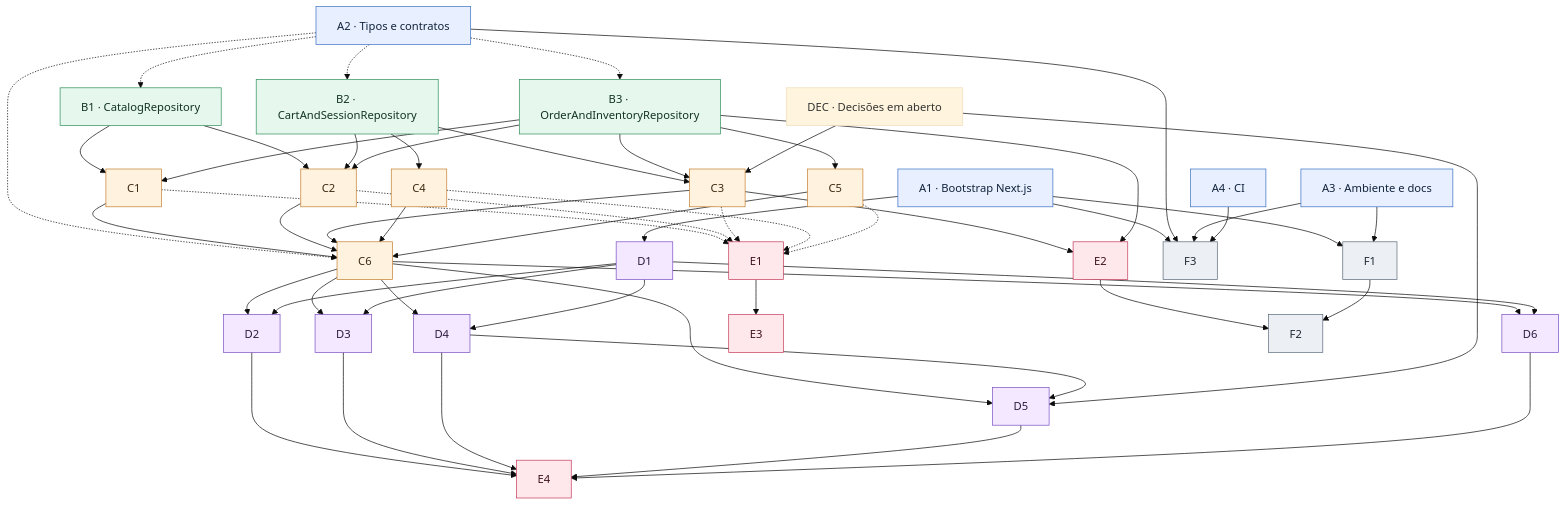
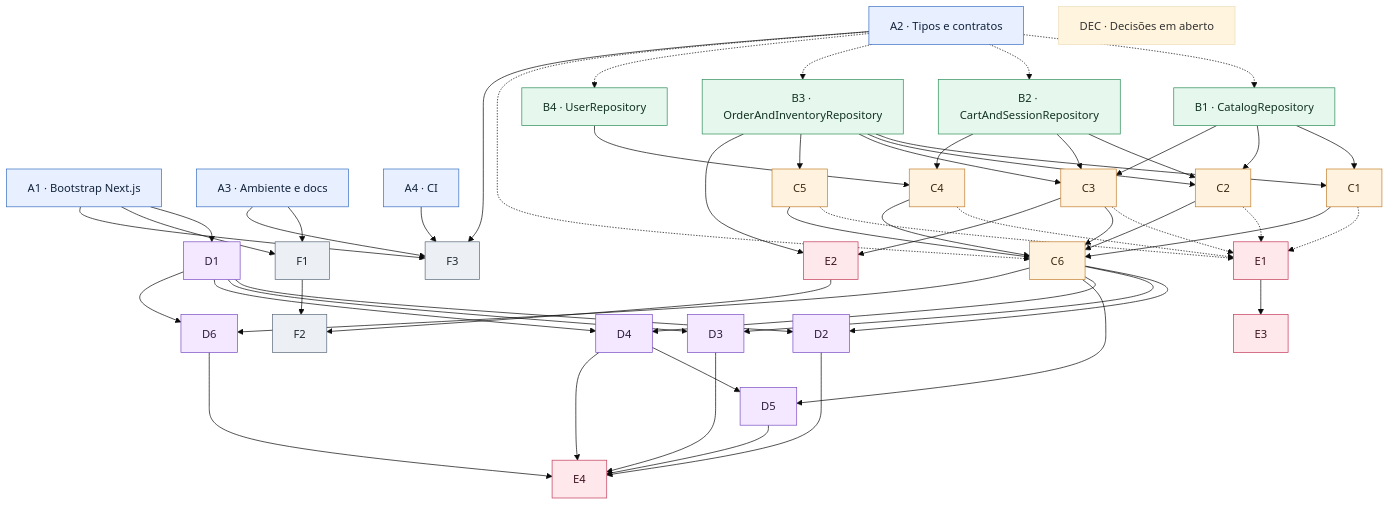
Before and after one commit to HenriqueBatista1/Projeto-Final---BD-NoSQL: the diagram in docs/TODO.md, drawn with Mermaid (base theme). The commit also changed other lines of this file and 2 other files, not shown here.

First line of the commit message:
docs: update DAG, architecture and deployment notes

```diff
--- a/docs/TODO.md
+++ b/docs/TODO.md
@@ -293,12 +316,14 @@
     B1["B1 · CatalogRepository"]
     B2["B2 · CartAndSessionRepository"]
     B3["B3 · OrderAndInventoryRepository"]
+    B4["B4 · UserRepository"]
     DEC["DEC · Decisões em aberto"]
 
     %% Contratos e acompanhamento (tracejado = não bloqueia o início)
     A2 -.-> B1
     A2 -.-> B2
     A2 -.-> B3
+    A2 -.-> B4
     A2 -.-> C6
     C1 -.-> E1
     C2 -.-> E1
@@ -323,9 +348,10 @@
     B3 --> C2
     B2 --> C3
     B3 --> C3
+    B1 --> C3
     B2 --> C4
+    B4 --> C4
     B3 --> C5
-    DEC --> C3
 
     %% Serviços -> Actions -> Telas
     C1 --> C6
@@ -343,7 +369,6 @@
     D1 --> D4
     D1 --> D6
     D4 --> D5
-    DEC --> D5
 
     %% Verificação
     C3 --> E2
@@ -365,7 +390,7 @@
     classDef ops fill:#eceff4,stroke:#5c6b7a,color:#1f2933;
 
     class A1,A2,A3,A4 fund;
-    class B1,B2,B3 repo;
+    class B1,B2,B3,B4 repo;
     class C1,C2,C3,C4,C5,C6 svc;
     class D1,D2,D3,D4,D5,D6 ui;
     class E1,E2,E3,E4 qa;
```
